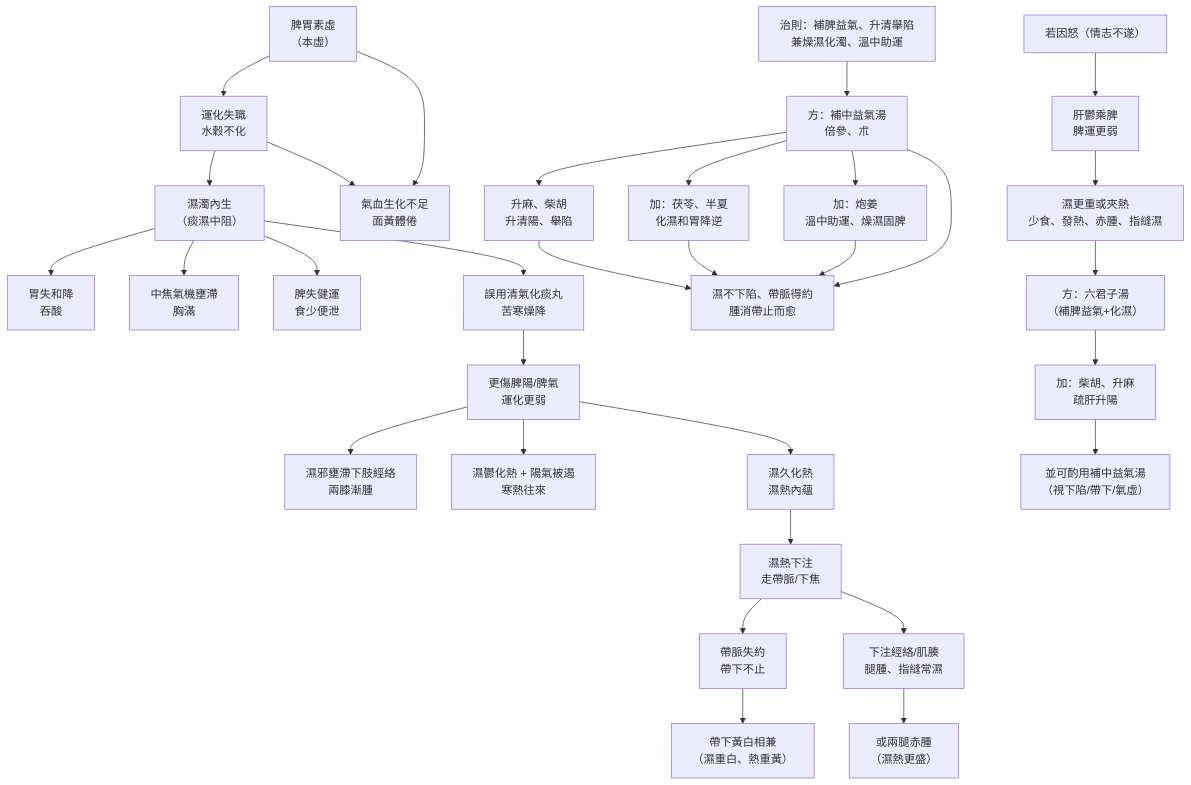
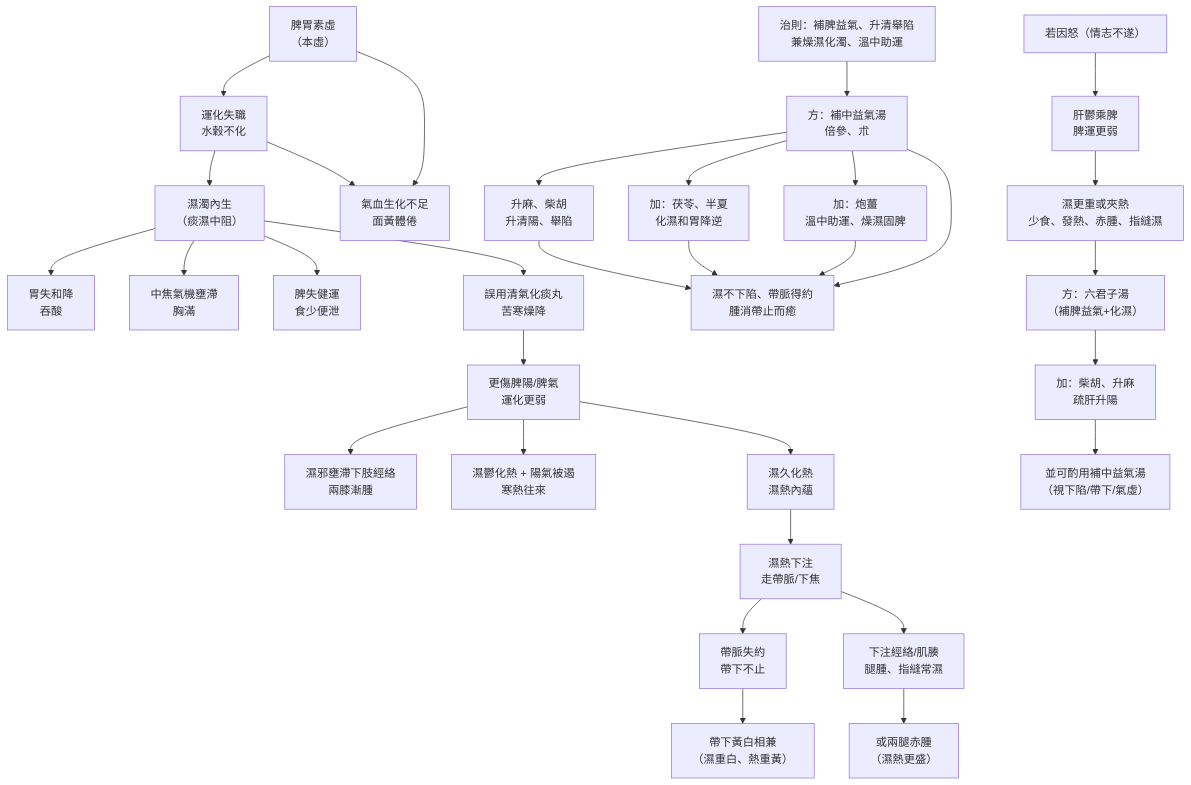
One commit to ZaraLcy/prompt_workshop_book changed the diagram in module2.qmd. Above: the diagram before and after it, drawn with Mermaid. The commit also changed other lines of this file and 20 other files, not shown here.

````diff
--- a/module2.qmd
+++ b/module2.qmd
@@ -44,39 +87,39 @@
 ```{mermaid}
 flowchart TD
 
 %% ========== Nodes ==========
 A[脾胃素虛<br/>（本虛）] --> B[運化失職<br/>水穀不化]
 B --> C[濕濁內生<br/>（痰濕中阻）]
 C --> D1[胃失和降<br/>吞酸]
 C --> D2[中焦氣機壅滯<br/>胸滿]
 C --> D3[脾失健運<br/>食少便泄]
 B --> D4[氣血生化不足<br/>面黃體倦]
 A --> D4
 C --> E[誤用清氣化痰丸<br/>苦寒燥降]
 E --> F[更傷脾陽/脾氣<br/>運化更弱]
 F --> G[濕邪壅滯下肢經絡<br/>兩膝漸腫]
 F --> H[濕鬱化熱 + 陽氣被遏<br/>寒熱往來]
 F --> I[濕久化熱<br/>濕熱內蘊]
 I --> J[濕熱下注<br/>走帶脈/下焦]
 J --> K[帶脈失約<br/>帶下不止]
 K --> L[帶下黃白相兼<br/>（濕重白、熱重黃）]
 J --> M[下注經絡/肌腠<br/>腿腫、指縫常濕]
 M --> N[或兩腿赤腫<br/>（濕熱更盛）]
 
 %% ========== Treatment ==========
 T[治則：補脾益氣、升清舉陷<br/>兼燥濕化濁、溫中助運] --> P[方：補中益氣湯<br/>倍參、朮]
 P --> Q[加：茯苓、半夏<br/>化濕和胃降逆]
-P --> R[加：炮姜<br/>溫中助運、燥濕固脾]
+P --> R[加：炮薑<br/>溫中助運、燥濕固脾]
 P --> S[升麻、柴胡<br/>升清陽、舉陷]
-S --> U[濕不下陷、帶脈得約<br/>腫消帶止而愈]
+S --> U[濕不下陷、帶脈得約<br/>腫消帶止而癒]
 Q --> U
 R --> U
 P --> U
 
 %% ========== Emotional factor branch ==========
 X[若因怒（情志不遂）] --> Y[肝鬱乘脾<br/>脾運更弱]
 Y --> Z[濕更重或夾熱<br/>少食、發熱、赤腫、指縫濕]
 Z --> AA[方：六君子湯<br/>（補脾益氣+化濕）]
 AA --> AB[加：柴胡、升麻<br/>疏肝升陽]
 AB --> AC[並可酌用補中益氣湯<br/>（視下陷/帶下/氣虛）]
 ```
````
